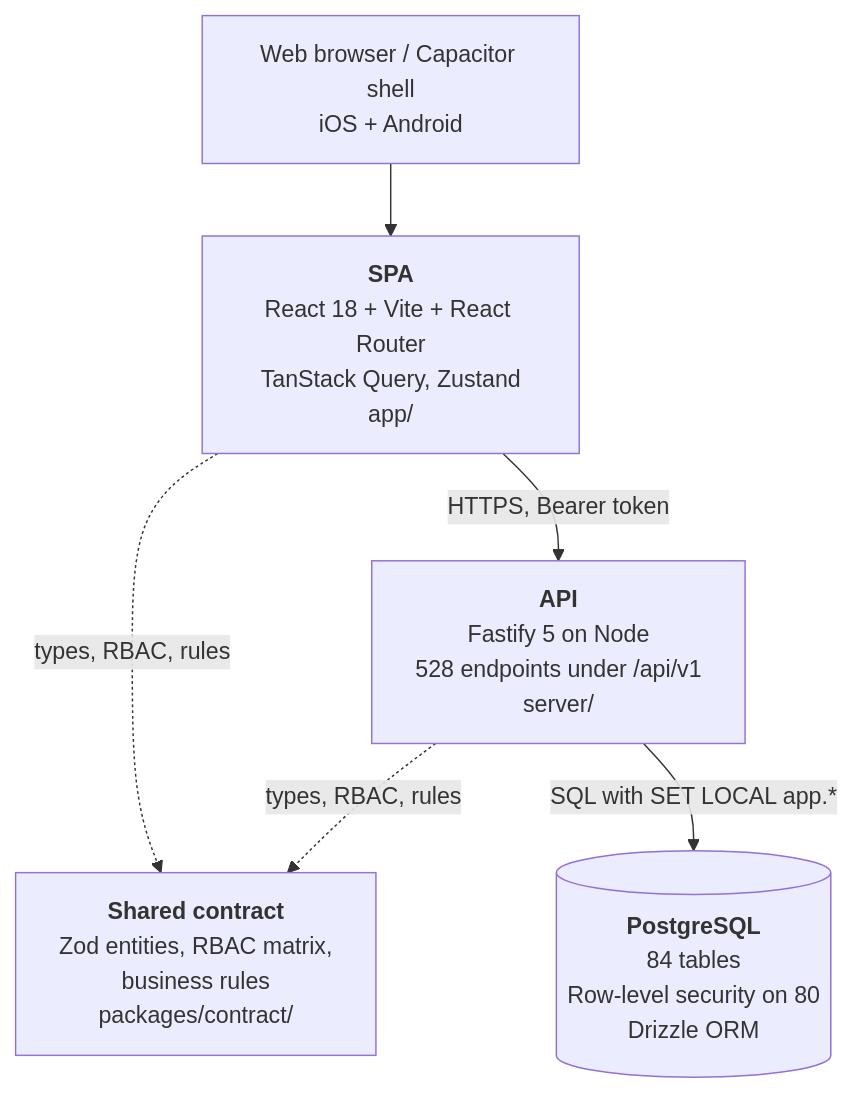
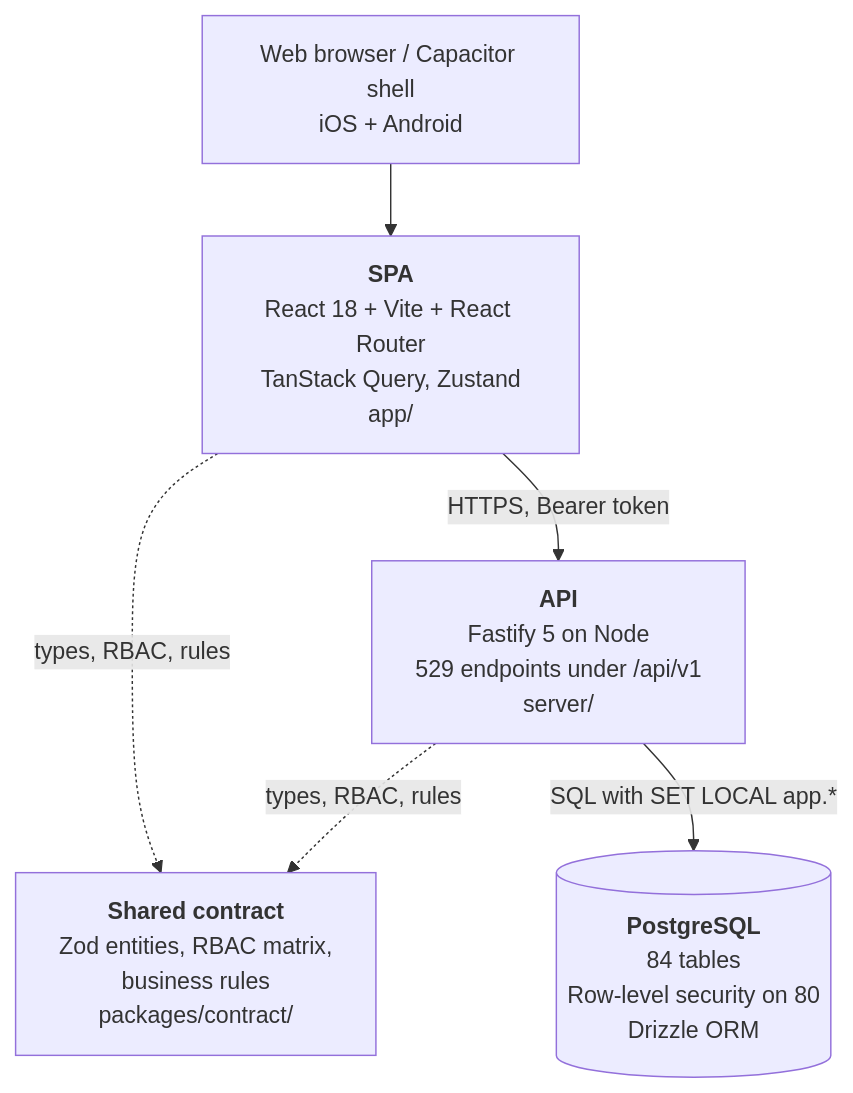
One commit to tazamohd/SlClNe changed the second of 4 diagrams in docs/15_C4_ARCHITECTURE_DIAGRAMS/C4_MODEL.md. Above: the diagram before and after it, drawn with Mermaid. The commit also changed other lines of this file and 45 other files, not shown here.

````diff
--- a/docs/15_C4_ARCHITECTURE_DIAGRAMS/C4_MODEL.md
+++ b/docs/15_C4_ARCHITECTURE_DIAGRAMS/C4_MODEL.md
@@ -42,13 +42,13 @@
 ```mermaid
 flowchart TB
   browser["Web browser / Capacitor shell<br/>iOS + Android"]
   spa["<b>SPA</b><br/>React 18 + Vite + React Router<br/>TanStack Query, Zustand<br/>app/"]
-  api["<b>API</b><br/>Fastify 5 on Node<br/>528 endpoints under /api/v1<br/>server/"]
+  api["<b>API</b><br/>Fastify 5 on Node<br/>529 endpoints under /api/v1<br/>server/"]
   contract["<b>Shared contract</b><br/>Zod entities, RBAC matrix,<br/>business rules<br/>packages/contract/"]
   db[("<b>PostgreSQL</b><br/>84 tables<br/>Row-level security on 80<br/>Drizzle ORM")]
   browser --> spa
   spa -->|"HTTPS, Bearer token"| api
   spa -.->|"types, RBAC, rules"| contract
   api -.->|"types, RBAC, rules"| contract
   api -->|"SQL with SET LOCAL app.*"| db
 ```
````
